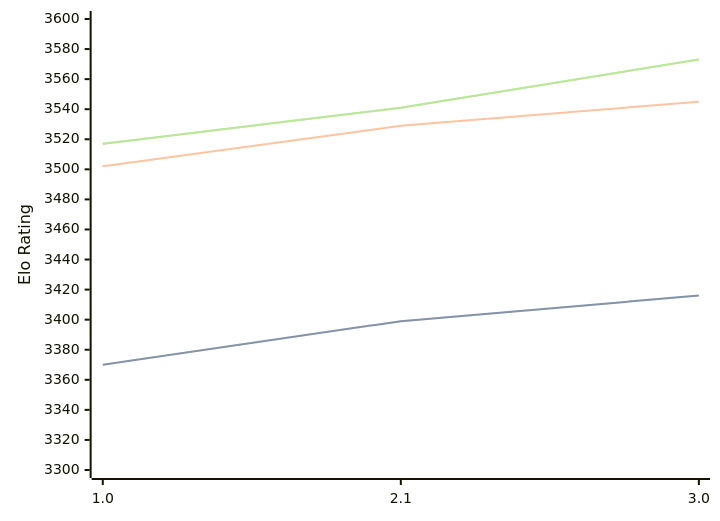
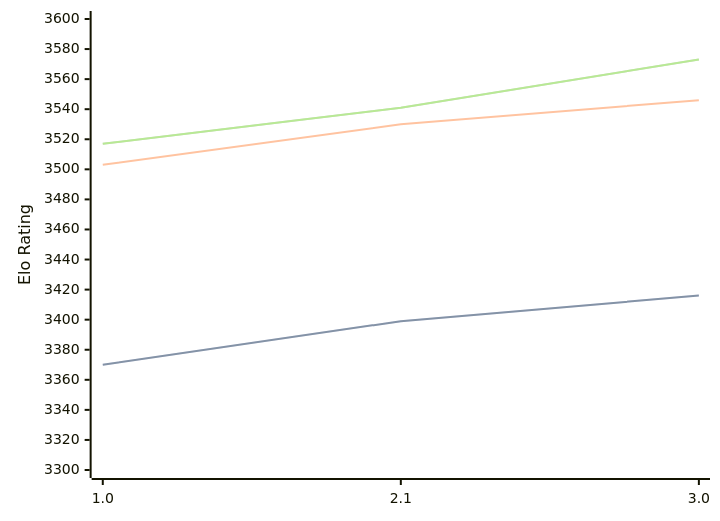
Before and after one commit to computer-chess-index/cci: the diagram in engines/Hobbes.md, drawn with Mermaid. The commit also changed other lines of this file, not shown here.

````diff
--- a/engines/Hobbes.md
+++ b/engines/Hobbes.md
@@ -33,11 +33,11 @@
 ```mermaid
 %%{init: {"theme":"base","themeVariables":{"seriesColors:['#a3a3a3','#222221','#faa371']}}}%%
 xychart-beta
   x-axis ["1.0", "2.1", "3.0"]
   y-axis "Elo Rating" 3300 --> 3600
   line "STC (8.0+0.08s)" [3370, 3399, 3416]
   line "STC (8.0+0.08s)" [3370, 3399, 3416]
-  line "LTC (60.0+0.60s)" [3502, 3529, 3545]
+  line "LTC (60.0+0.60s)" [3503, 3530, 3546]
   line "VLTC (2m24s+1.12s)" [3517, 3541, 3573]
   line "VLTC (2m24s+1.12s)" [3517, 3541, 3573]
 ```
````
